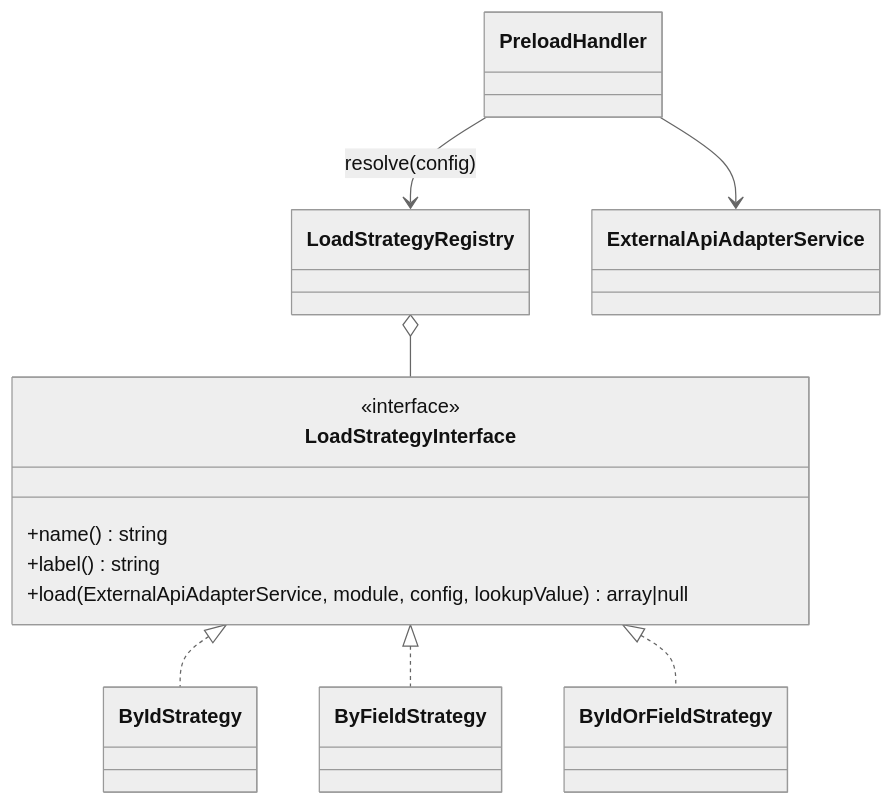
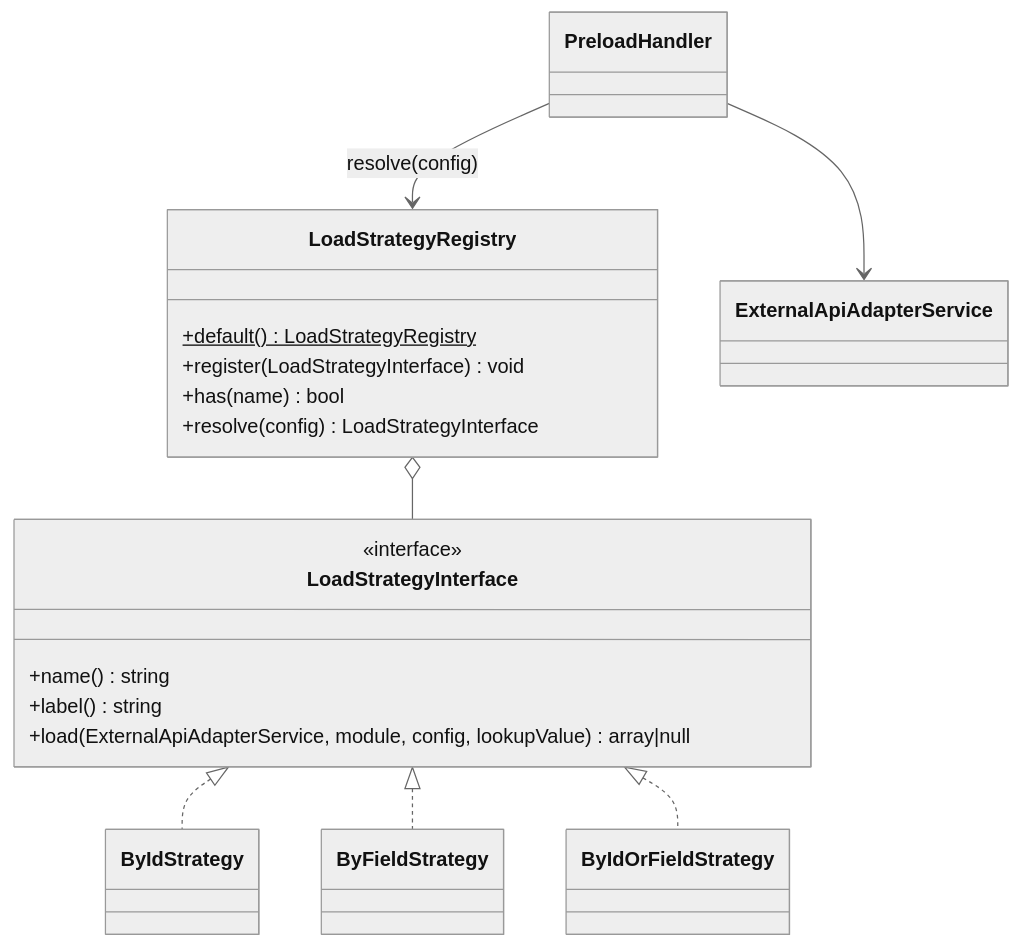
The diagram in doc/en/07-developer-guide/extending/new-load-strategy.md (madarch-labs/Workflow-Processing-Service), drawn with Mermaid (neutral theme) before and after one commit. The commit also changed other lines of this file and 470 other files, not shown here.

````diff
--- a/doc/en/07-developer-guide/extending/new-load-strategy.md
+++ b/doc/en/07-developer-guide/extending/new-load-strategy.md
@@ -17,15 +23,21 @@
 ```mermaid
 classDiagram
     class LoadStrategyInterface {
         <<interface>>
         +name() string
         +label() string
         +load(ExternalApiAdapterService, module, config, lookupValue) array|null
     }
+    class LoadStrategyRegistry {
+        +default()$ LoadStrategyRegistry
+        +register(LoadStrategyInterface) void
+        +has(name) bool
+        +resolve(config) LoadStrategyInterface
+    }
     LoadStrategyInterface <|.. ByIdStrategy
     LoadStrategyInterface <|.. ByFieldStrategy
     LoadStrategyInterface <|.. ByIdOrFieldStrategy
     LoadStrategyRegistry o-- LoadStrategyInterface
     PreloadHandler --> LoadStrategyRegistry : resolve(config)
     PreloadHandler --> ExternalApiAdapterService
 ```
````
